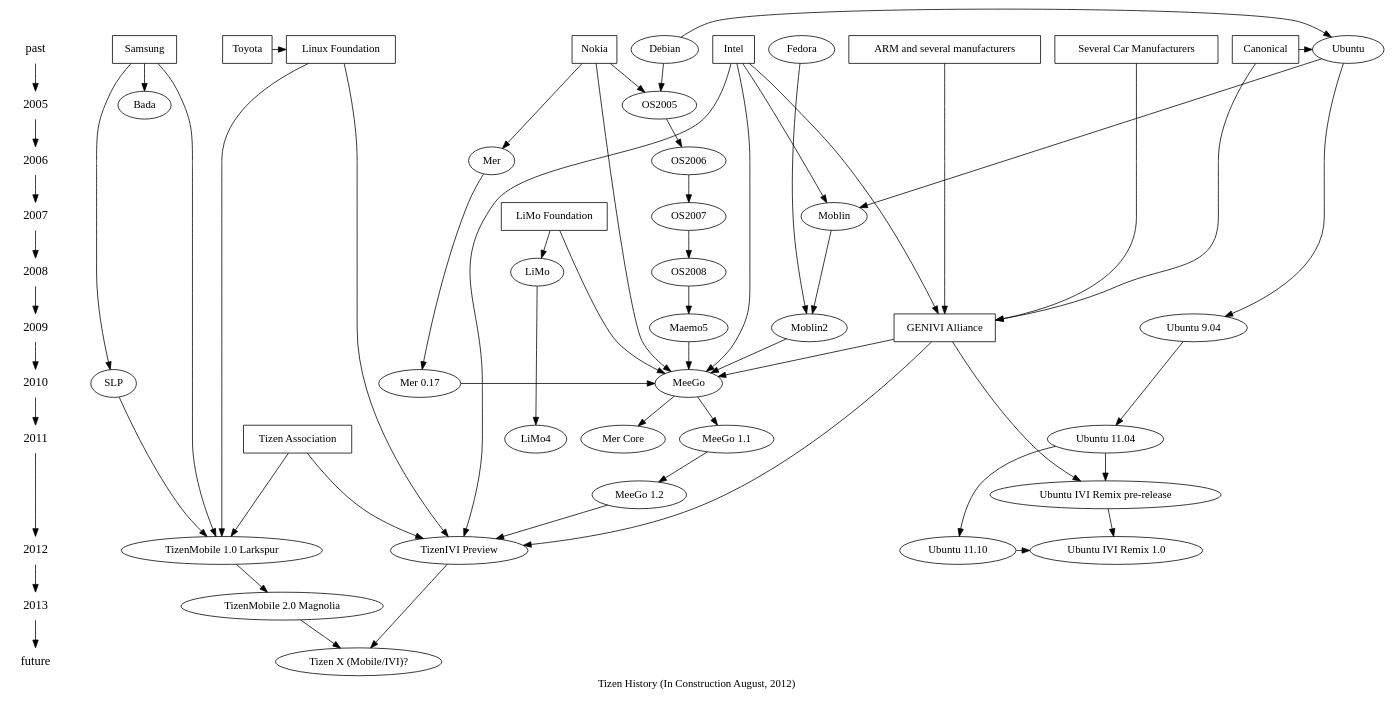
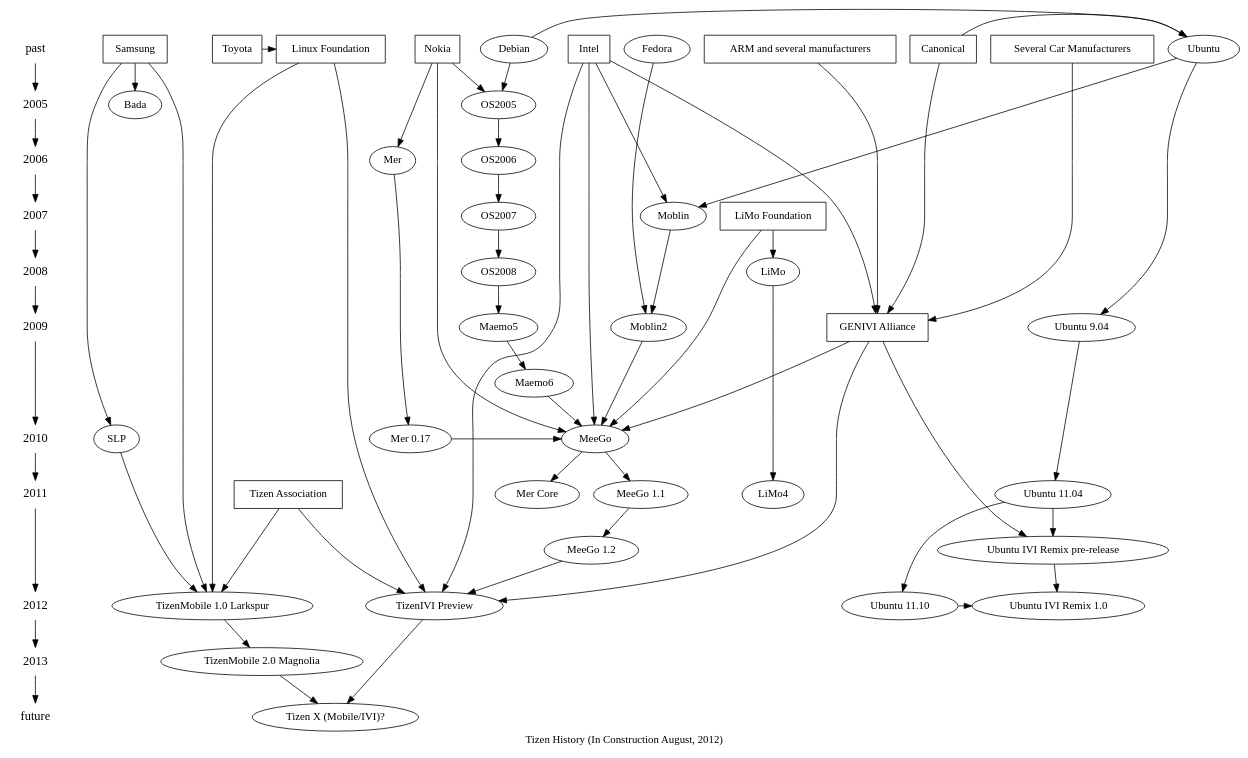
Before and after one commit to kumadasu/tizen-history: the diagram in tizen-history.dot, drawn with Graphviz. The commit also changed 1 other file, not shown here.

Commit message:
Add Maemo6

```diff
--- a/tizen-history.dot
+++ b/tizen-history.dot
@@ -1,86 +1,86 @@
 digraph tizenhistory {
 graph [label="Tizen History (In Construction August, 2012)"]
 /*timeline*/
 {
 	node [shape=plaintext, fontsize=16];
 	"past" -> /*1990 ->
 	1991 -> 1992 -> 1993 -> 1994 -> 1995 ->
 	1996 -> 1997 -> 1998 -> 1999 -> 2000 ->
 	2001 -> 2002 -> 2003 -> 2004 ->*/ 2005 ->
 	2006 -> 2007 -> 2008 -> 2009 -> 2010 ->
 	2011 -> 2012 -> 2013 -> "future";
 }
 
 /* Organizations */
 {
 	node [shape=box];
 	{ rank = same; "past"; "Nokia"}
 	{ rank = same; "past"; "Intel"}
 	{ rank = same; "past"; "Samsung"}
 	{ rank = same; "past"; "ARM and several manufacturers"}
 	{ rank = same; "past"; "Several Car Manufacturers"}
 	{ rank = same; "past"; "Canonical"}
 	{ rank = same; "past"; "Linux Foundation"}
 	{ rank = same; "past"; "Toyota"}
 	{ rank = same; "2007"; "LiMo Foundation"}
 	{ rank = same; "2009"; "GENIVI Alliance"}
 	{ rank = same; "2011"; "Tizen Association"} //?
 "Toyota" -> "Linux Foundation";
 "Intel" -> "GENIVI Alliance";
 "Several Car Manufacturers" -> "GENIVI Alliance";
 "ARM and several manufacturers" -> "GENIVI Alliance";
 "Canonical" -> "GENIVI Alliance";
 }
 
 /* Technologies */
 {
 	node [shape=plaintext];
 //	"HTML5";
 }
 
 /* OS */
 { rank = same; "past"; "Ubuntu"; "Fedora"; "Debian"}
 { rank = same; 2005; "OS2005"}
 { rank = same; 2006; "OS2006"}
 { rank = same; 2007; "OS2007"; "Moblin"}
 { rank = same; 2008; "OS2008"; "LiMo"}
 { rank = same; 2009; "Maemo5"; "Moblin2"; "Ubuntu 9.04"}
 { rank = same; 2010; "MeeGo"; "Mer 0.17"; "SLP"}
 { rank = same; 2011; "Ubuntu 11.04"; "LiMo4"}
 { rank = same; "Ubuntu 11.10"; "Ubuntu IVI Remix 1.0"}
 { rank = same; 2012; "TizenMobile 1.0 Larkspur"; "TizenIVI Preview"};
 { rank = same; "TizenMobile 1.0 Larkspur" }
 { rank = same; 2013; "TizenMobile 2.0 Magnolia" }
 	"Debian" -> "Ubuntu";
-	"Debian" -> "OS2005" -> "OS2006" -> "OS2007" -> "OS2008" -> "Maemo5" -> "MeeGo";
+	"Debian" -> "OS2005" -> "OS2006" -> "OS2007" -> "OS2008" -> "Maemo5" -> "Maemo6" -> "MeeGo";
 	"Ubuntu" -> "Moblin" -> "Moblin2";
 	"Fedora" -> "Moblin2" -> "MeeGo";
 	"Mer" -> "Mer 0.17" -> "MeeGo" -> "Mer Core";
 	"LiMo" -> "LiMo4";
 	"MeeGo" -> "MeeGo 1.1" -> "MeeGo 1.2" -> "TizenIVI Preview";
 	"SLP" -> "TizenMobile 1.0 Larkspur";
 	"TizenMobile 1.0 Larkspur" -> "TizenMobile 2.0 Magnolia" -> "Tizen X (Mobile/IVI)?";
 	"TizenIVI Preview" -> "Tizen X (Mobile/IVI)?";
 	"Ubuntu" -> "Ubuntu 9.04" -> "Ubuntu 11.04" -> "Ubuntu 11.10" -> "Ubuntu IVI Remix 1.0";
 	"Ubuntu 11.04" -> "Ubuntu IVI Remix pre-release" -> "Ubuntu IVI Remix 1.0";
 
 "Canonical" -> "Ubuntu";
 "Nokia" -> "OS2005";
 "Intel" -> "Moblin";
 "Intel" -> "MeeGo";
 "Nokia" -> "Mer";
 "Nokia" -> "MeeGo";
 "Samsung" -> "Bada";
 "Samsung" -> "SLP";
 "Intel" -> "TizenIVI Preview";
 "Samsung" -> "TizenMobile 1.0 Larkspur";
 "GENIVI Alliance" -> "MeeGo";
 "GENIVI Alliance" -> "TizenIVI Preview";
 "GENIVI Alliance" -> "Ubuntu IVI Remix pre-release";
 "LiMo Foundation" -> "LiMo";
 "LiMo Foundation" -> "MeeGo";
 "Tizen Association" -> "TizenIVI Preview";
 "Tizen Association" -> "TizenMobile 1.0 Larkspur";
 "Linux Foundation" -> "TizenIVI Preview";
 "Linux Foundation" -> "TizenMobile 1.0 Larkspur";
 }
```
